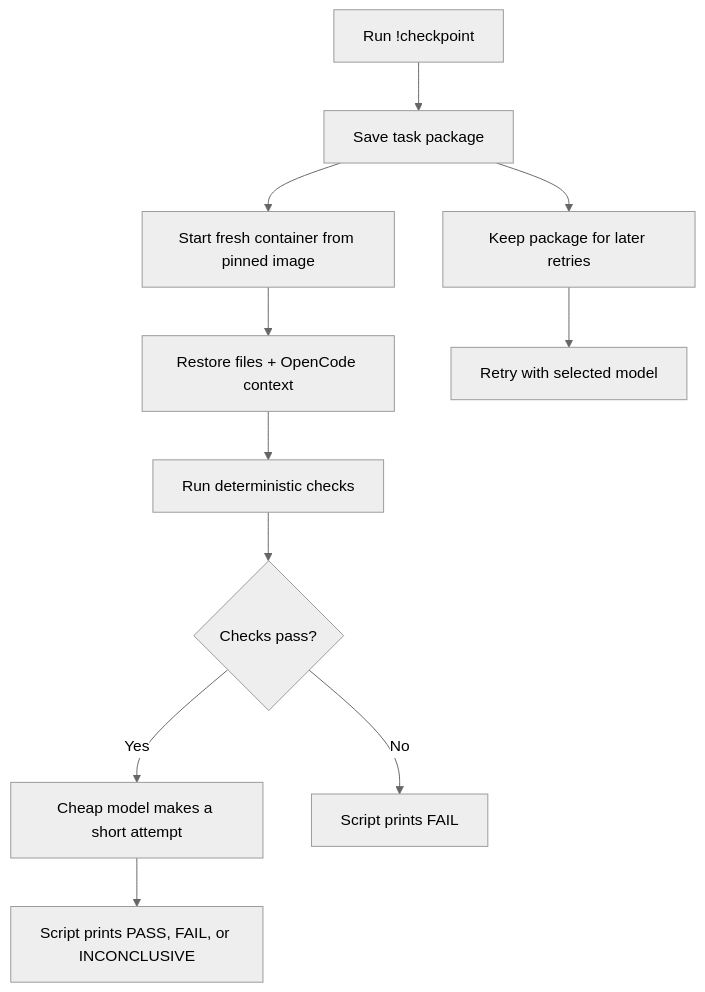
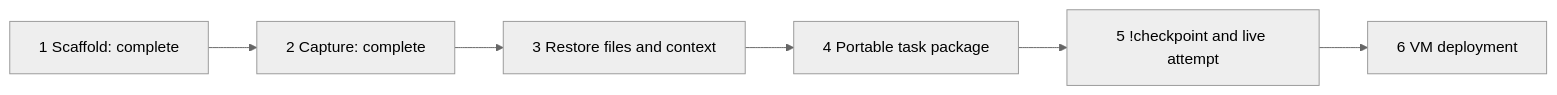
The third of 3 diagrams in design.md (jpbarona/rl-environment-harness), drawn with Mermaid (neutral theme) before and after one commit. The commit also changed other lines of this file and 29 other files, not shown here.

````diff
--- a/design.md
+++ b/design.md
@@ -60,13 +53,8 @@
 ```mermaid
-flowchart TD
-    A[Run !checkpoint] --> B[Save task package]
-    B --> C[Start fresh container from pinned image]
-    C --> D[Restore files + OpenCode context]
-    D --> E[Run deterministic checks]
-    E --> F{Checks pass?}
-    F -->|Yes| G[Cheap model makes a short attempt]
-    F -->|No| H[Script prints FAIL]
-    G --> I[Script prints PASS, FAIL, or INCONCLUSIVE]
-    B --> J[Keep package for later retries]
-    J --> K[Retry with selected model]
+flowchart LR
+    A[1 Scaffold: complete] --> B[2 Capture: complete]
+    B --> C[3 Restore files and context]
+    C --> D[4 Portable task package]
+    D --> E[5 !checkpoint and live attempt]
+    E --> F[6 VM deployment]
 ```
````
